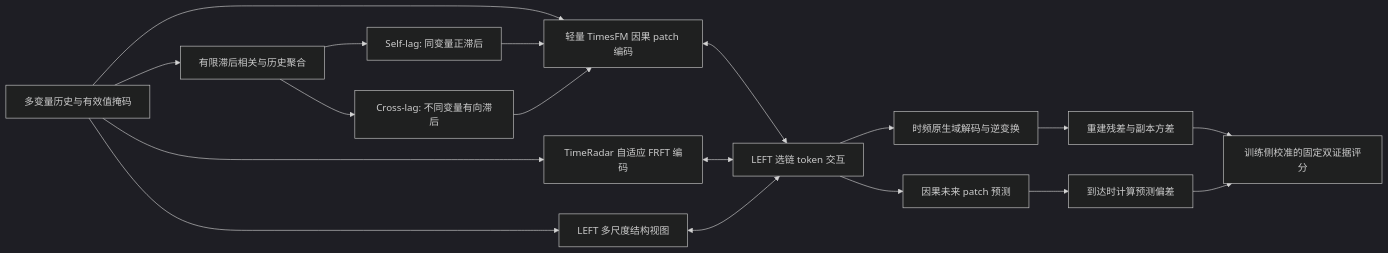
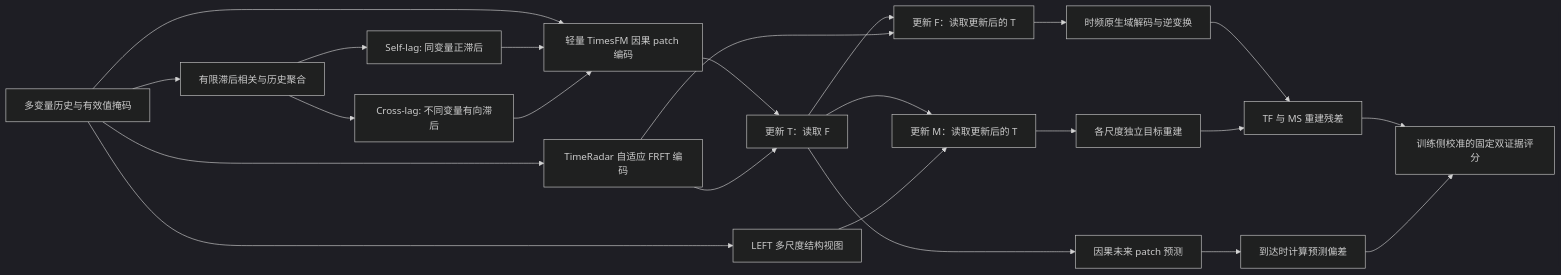
Before and after one commit to codexpker/Hybrid: the diagram in docs/hybrid_v1/architecture.md, drawn with Mermaid (dark theme). The commit also changed other lines of this file, not shown here.

Commit message:
docs: show actual selected fusion links and active reconstruction evidence

````diff
--- a/docs/hybrid_v1/architecture.md
+++ b/docs/hybrid_v1/architecture.md
@@ -13,20 +13,25 @@
 ```mermaid
 flowchart LR
     X[多变量历史与有效值掩码] --> T[轻量 TimesFM 因果 patch 编码]
     X --> F[TimeRadar 自适应 FRFT 编码]
     X --> M[LEFT 多尺度结构视图]
     X --> L[有限滞后相关与历史聚合]
     L --> S[Self-lag: 同变量正滞后]
     L --> C[Cross-lag: 不同变量有向滞后]
     S --> T
     C --> T
-    T <--> J[LEFT 选链 token 交互]
-    F <--> J
-    M <--> J
-    J --> R[时频原生域解码与逆变换]
-    J --> P[因果未来 patch 预测]
-    R --> SR[重建残差与副本方差]
+    T --> JT[更新 T：读取 F]
+    F --> JT
+    JT --> JF[更新 F：读取更新后的 T]
+    F --> JF
+    JT --> JM[更新 M：读取更新后的 T]
+    M --> JM
+    JF --> R[时频原生域解码与逆变换]
+    JM --> RM[各尺度独立目标重建]
+    JT --> P[因果未来 patch 预测]
+    R --> SR[TF 与 MS 重建残差]
+    RM --> SR
     P --> SP[到达时计算预测偏差]
     SR --> A[训练侧校准的固定双证据评分]
     SP --> A
 ```
````
